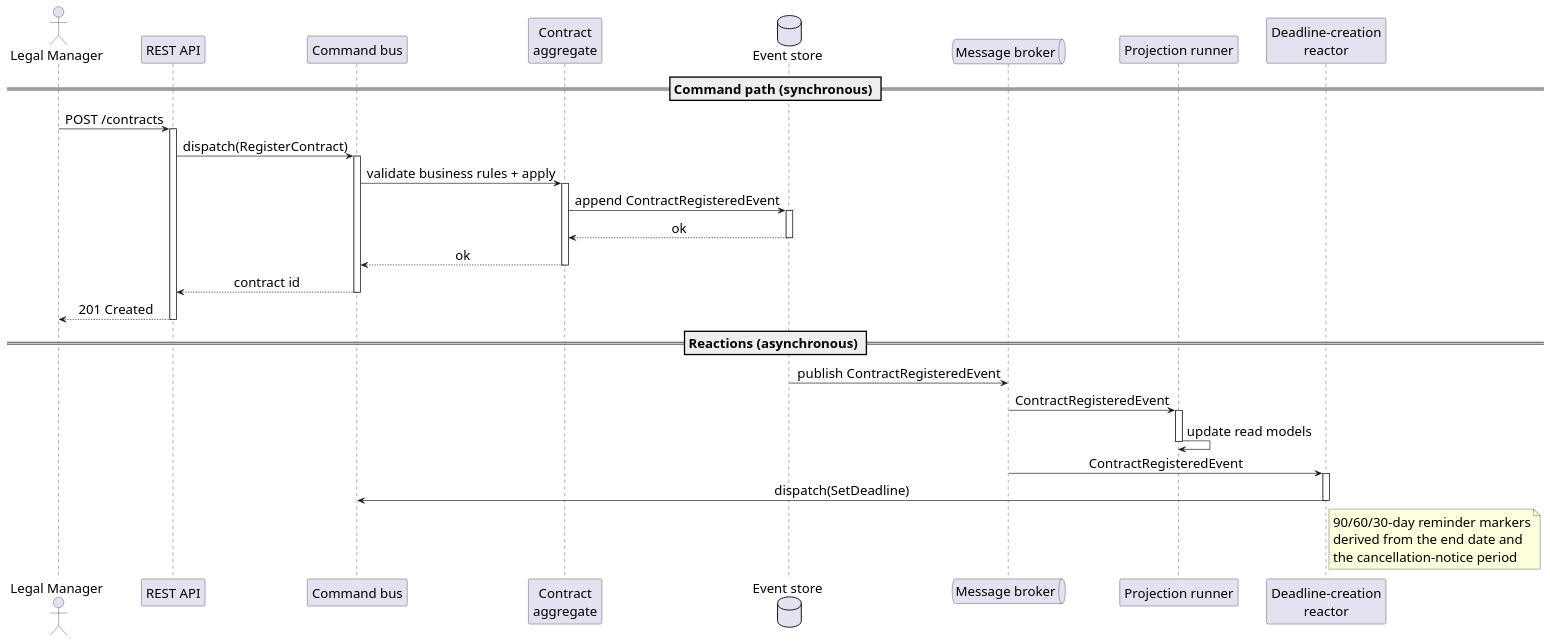
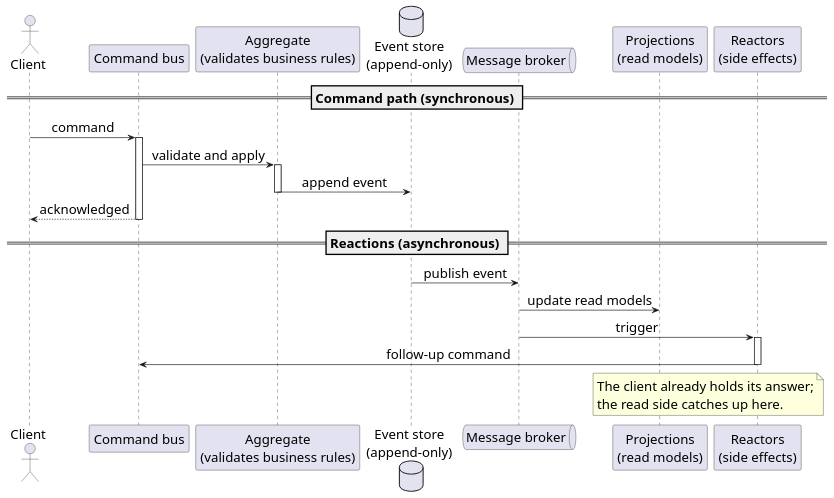
One commit to idris-saddi/pfe-report changed the diagram in report/Chapter3/figures/cqrs-sequence.puml. Above: the diagram before and after it, drawn with PlantUML. The commit also changed 35 other files, not shown here.

Commit message:
refactor: update figures and improve diagram layouts for clarity

```diff
--- a/report/Chapter3/figures/cqrs-sequence.puml
+++ b/report/Chapter3/figures/cqrs-sequence.puml
@@ -1,56 +1,65 @@
 @startuml cqrs-sequence
 '==============================================================================
-' Figure (Chapter II): CQRS + Event Sourcing as a temporal sequence.
-' Scenario: registering a contract, with automatic deadline creation by a
-' reactor -- illustrates the command path, the event append, and the
-' asynchronous projection + reactor reactions (eventual consistency).
+' Figure (Chapter III): the CQRS + Event Sourcing flow of cqrs-es.puml seen in
+' time rather than in structure. Architecture level: same participants and same
+' vocabulary as cqrs-es.puml, with NO routes, status codes or concrete
+' command/event names -- those belong to the realisation chapter, whose
+' backend-paths.puml carries the realised command and query paths.
+' The point of this figure is the ORDERING: the caller is answered while the
+' command path is still the only thing that has run, and the read side catches
+' up afterwards. That is what a component view cannot show.
+'
+' SHAPE: a sequence diagram is scaled to \textwidth, so its ASPECT RATIO decides
+' how much page it eats -- a narrow diagram renders tall. Keep the participant
+' labels long (they also match cqrs-es.puml) and the message count low; do not
+' "simplify" either without re-checking the rendered height.
 ' Render:  plantuml -tpdf cqrs-sequence.puml      (or -tpng)
 '==============================================================================
 skinparam shadowing false
 skinparam defaultFontName Helvetica
 skinparam defaultFontSize 20
 skinparam sequenceMessageAlign center
 
-actor       "Legal Manager"        as lm
-participant "REST API"              as api
-participant "Command bus"           as cmd
-participant "Contract\naggregate"   as agg
-database    "Event store"           as es
-queue       "Message broker"        as broker
-participant "Projection runner"     as proj
-participant "Deadline-creation\nreactor" as reactor
+' Spread the lifelines so the diagram is wide rather than tall (see SHAPE
+' above). This MUST be the CSS style form: `skinparam ParticipantPadding` is
+' deprecated in current PlantUML and prints a warning banner into the rendered
+' figure, which then ships in the report.
+<style>
+sequenceDiagram {
+  participant {
+    Padding 30
+  }
+}
+</style>
+
+actor       "Client"                             as client
+participant "Command bus"                        as cmd
+participant "Aggregate\n(validates business rules)" as agg
+database    "Event store\n(append-only)"         as es
+queue       "Message broker"                     as broker
+participant "Projections\n(read models)"         as proj
+participant "Reactors\n(side effects)"           as reactor
 
 == Command path (synchronous) ==
-lm  -> api    : POST /contracts
-activate api
-api -> cmd    : dispatch(RegisterContract)
+client -> cmd  : command
 activate cmd
-cmd -> agg    : validate business rules + apply
+cmd -> agg     : validate and apply
 activate agg
-agg -> es     : append ContractRegisteredEvent
-activate es
-es --> agg    : ok
-deactivate es
-agg --> cmd   : ok
+agg -> es      : append event
 deactivate agg
-cmd --> api   : contract id
+cmd --> client : acknowledged
 deactivate cmd
-api --> lm    : 201 Created
-deactivate api
 
 == Reactions (asynchronous) ==
-es -> broker  : publish ContractRegisteredEvent
-broker -> proj : ContractRegisteredEvent
-activate proj
-proj -> proj  : update read models
-deactivate proj
-broker -> reactor : ContractRegisteredEvent
+es -> broker      : publish event
+broker -> proj    : update read models
+broker -> reactor : trigger
 activate reactor
-reactor -> cmd : dispatch(SetDeadline)
-note right of reactor
-  90/60/30-day reminder markers
-  derived from the end date and
-  the cancellation-notice period
+reactor -> cmd    : follow-up command
+deactivate reactor
+
+note over proj, reactor
+  The client already holds its answer;
+  the read side catches up here.
 end note
-deactivate reactor
 @enduml
```
